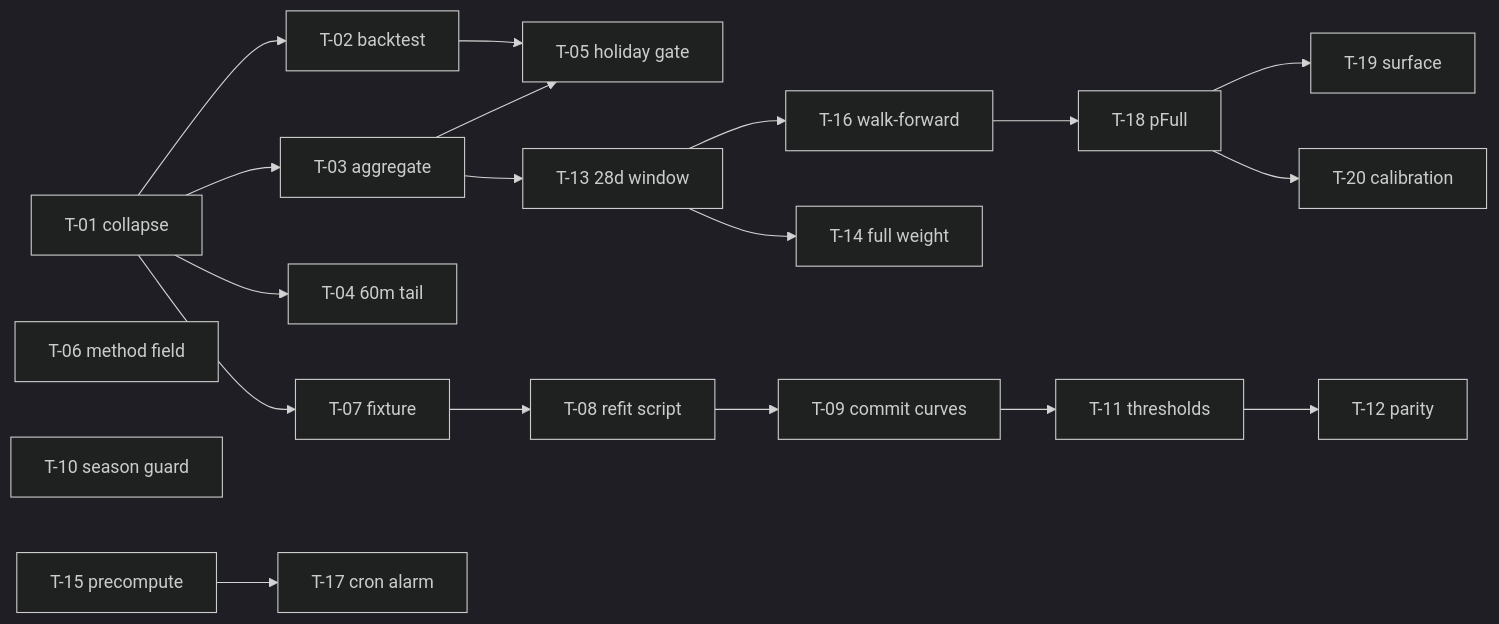
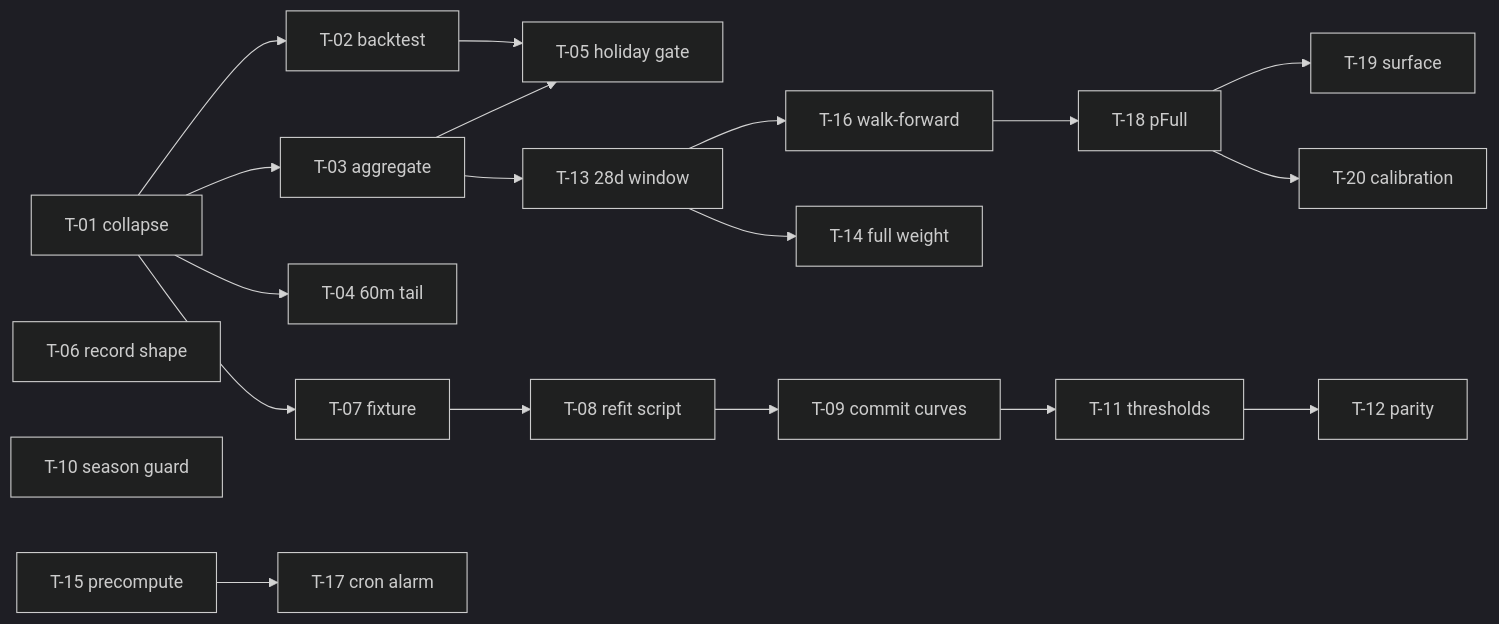
One commit to matthager12-collab/ExploreKingstonChamberApp changed the diagram in docs/FERRY-FORECAST-REFIT/plan.md. Above: the diagram before and after it, drawn with Mermaid (dark theme). The commit also changed other lines of this file and 3 other files, not shown here.

````diff
--- a/docs/FERRY-FORECAST-REFIT/plan.md
+++ b/docs/FERRY-FORECAST-REFIT/plan.md
@@ -132,18 +130,18 @@
 ```mermaid
 graph LR
   T01[T-01 collapse] --> T02[T-02 backtest]
   T01 --> T03[T-03 aggregate]
   T01 --> T04[T-04 60m tail]
   T01 --> T07[T-07 fixture]
   T02 --> T05[T-05 holiday gate]
   T03 --> T05
-  T06[T-06 method field]
+  T06[T-06 record shape]
   T07 --> T08[T-08 refit script] --> T09[T-09 commit curves]
   T09 --> T11[T-11 thresholds] --> T12[T-12 parity]
   T10[T-10 season guard]
   T03 --> T13[T-13 28d window] --> T14[T-14 full weight]
   T13 --> T16[T-16 walk-forward]
   T15[T-15 precompute] --> T17[T-17 cron alarm]
   T16 --> T18[T-18 pFull] --> T19[T-19 surface]
   T18 --> T20[T-20 calibration]
 ```
````
